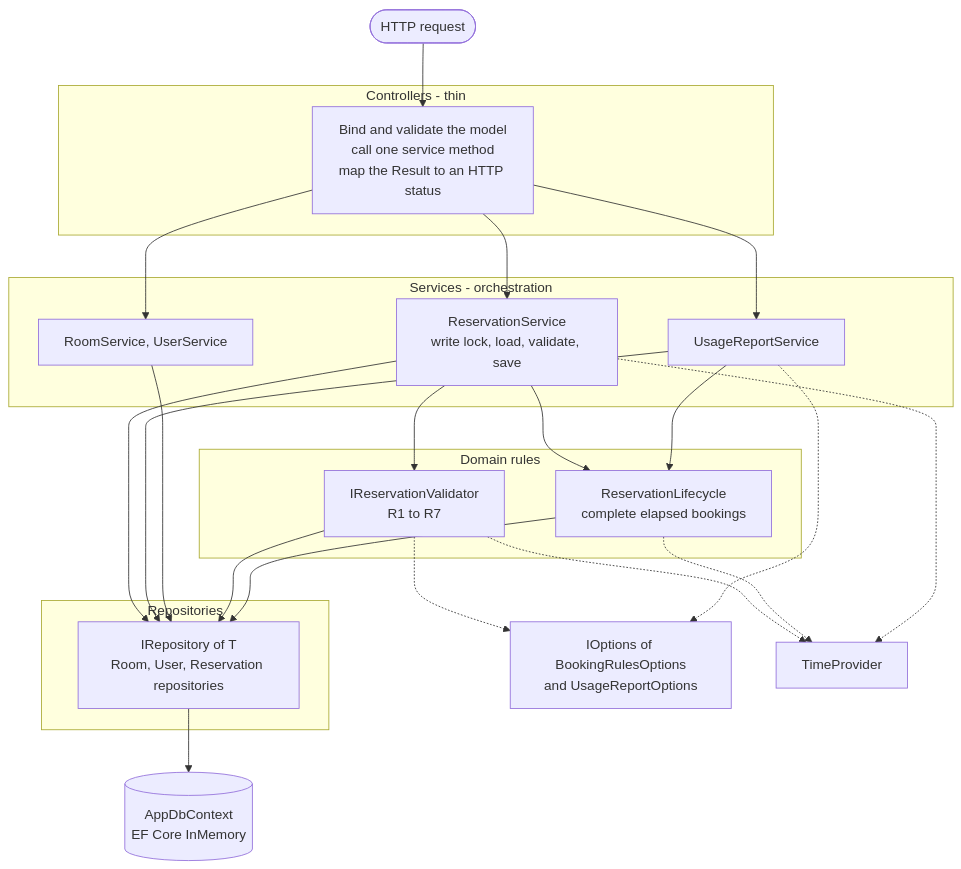
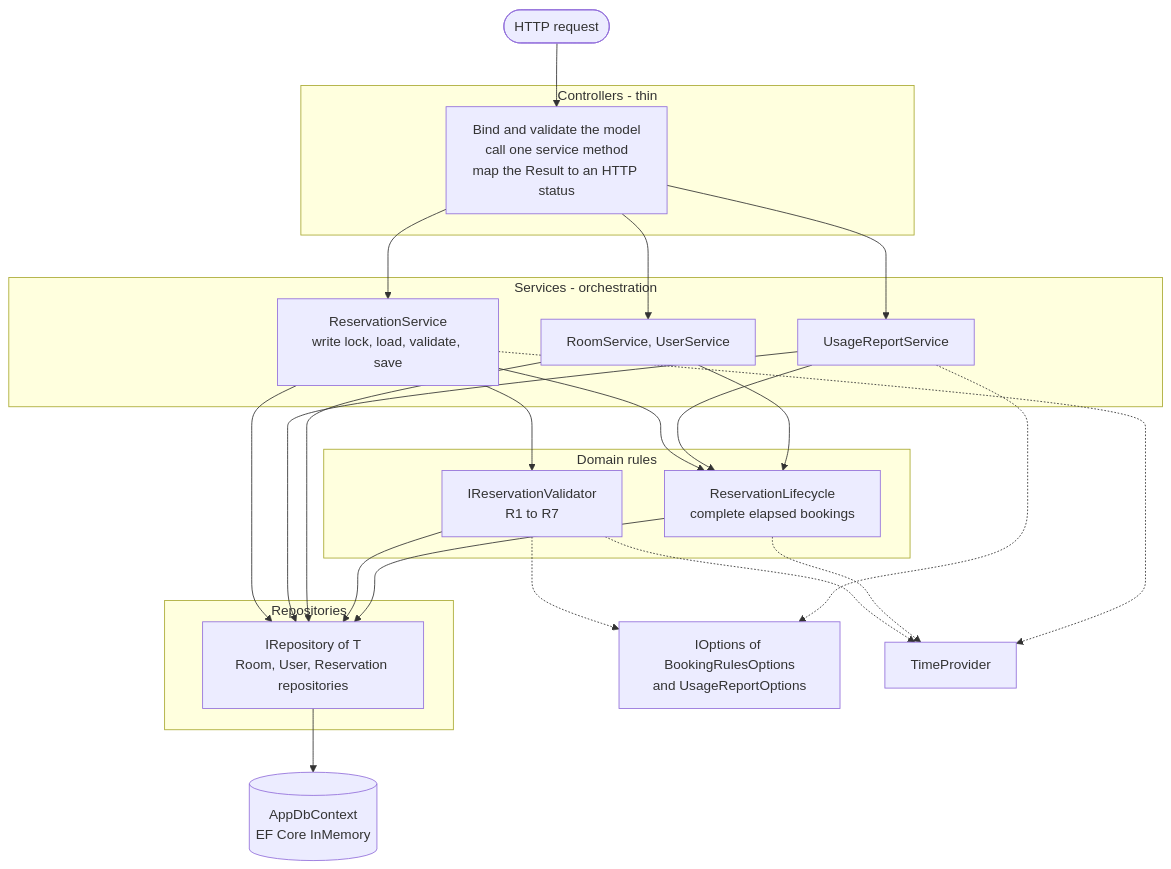
One commit to Amith-Ganta/Room_Reservation_System_Claude changed the second of 9 diagrams in README.md. Above: the diagram before and after it, drawn with Mermaid. The commit also changed other lines of this file and 1 other file, not shown here.

````diff
--- a/README.md
+++ b/README.md
@@ -143,46 +143,47 @@
 ```mermaid
 flowchart TB
     http(["HTTP request"])
 
     subgraph C["Controllers - thin"]
         ctl["Bind and validate the model<br/>call one service method<br/>map the Result to an HTTP status"]
     end
 
     subgraph S["Services - orchestration"]
         rs["ReservationService<br/>write lock, load, validate, save"]
         us["UsageReportService"]
         qs["RoomService, UserService"]
     end
 
     subgraph D["Domain rules"]
         val["IReservationValidator<br/>R1 to R7"]
         life["ReservationLifecycle<br/>complete elapsed bookings"]
     end
 
     subgraph R["Repositories"]
         repo["IRepository of T<br/>Room, User, Reservation repositories"]
     end
 
     ef[("AppDbContext<br/>EF Core InMemory")]
     opts["IOptions of BookingRulesOptions<br/>and UsageReportOptions"]
     clock["TimeProvider"]
 
     http --> ctl
     ctl --> rs
     ctl --> us
     ctl --> qs
     rs --> val
     rs --> life
     rs --> repo
     us --> life
     us --> repo
+    qs --> life
     qs --> repo
     val --> repo
     life --> repo
     repo --> ef
     val -.-> opts
     us -.-> opts
     val -.-> clock
     life -.-> clock
     rs -.-> clock
 ```
````
